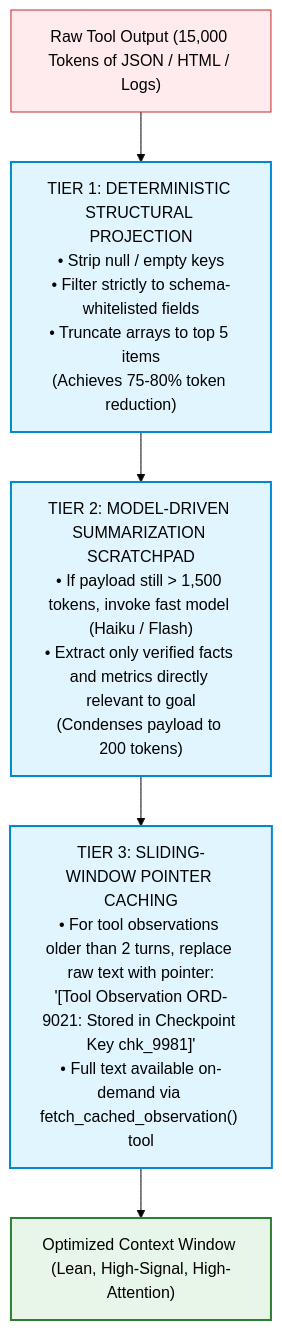
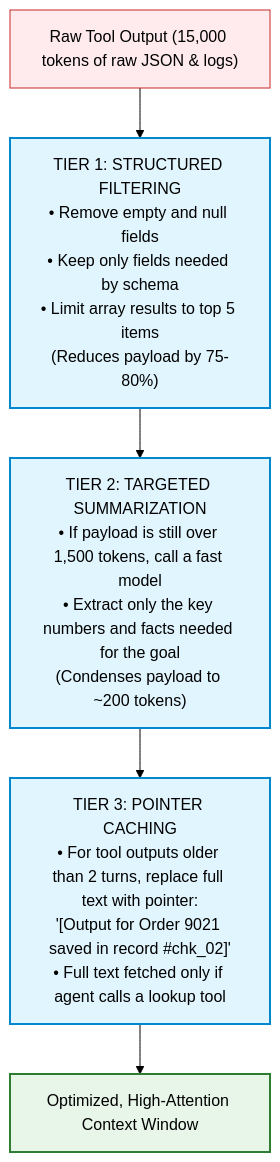
The sixth of 6 diagrams in 04-agentic-systems-and-orchestration/03-stateful-sessions-and-durable-wal-persistence.md (dip4k/senior-engineer-to-ai-engineer-roadmap), drawn with Mermaid (forest theme) before and after one commit. The commit also changed other lines of this file and 11 other files, not shown here.

````diff
--- a/04-agentic-systems-and-orchestration/03-stateful-sessions-and-durable-wal-persistence.md
+++ b/04-agentic-systems-and-orchestration/03-stateful-sessions-and-durable-wal-persistence.md
@@ -215,16 +210,16 @@
 ```mermaid
 flowchart TD
     classDef raw fill:#ffebee,stroke:#c62828,stroke-width:1px;
-    classDef tier fill:#e1f5fe,stroke:#0288d1,stroke-width:2px;
+    classDef clean fill:#e1f5fe,stroke:#0288d1,stroke-width:2px;
     classDef out fill:#e8f5e9,stroke:#2e7d32,stroke-width:2px;
 
-    Raw["Raw Tool Output (15,000 Tokens of JSON / HTML / Logs)"]:::raw
+    Raw["Raw Tool Output (15,000 tokens of raw JSON & logs)"]:::raw
     
-    --> T1["TIER 1: DETERMINISTIC STRUCTURAL PROJECTION\n• Strip null / empty keys\n• Filter strictly to schema-whitelisted fields\n• Truncate arrays to top 5 items\n(Achieves 75-80% token reduction)"]:::tier
+    --> T1["TIER 1: STRUCTURED FILTERING\n• Remove empty and null fields\n• Keep only fields needed by schema\n• Limit array results to top 5 items\n(Reduces payload by 75-80%)"]:::clean
     
-    --> T2["TIER 2: MODEL-DRIVEN SUMMARIZATION SCRATCHPAD\n• If payload still > 1,500 tokens, invoke fast model (Haiku / Flash)\n• Extract only verified facts and metrics directly relevant to goal\n(Condenses payload to 200 tokens)"]:::tier
+    --> T2["TIER 2: TARGETED SUMMARIZATION\n• If payload is still over 1,500 tokens, call a fast model\n• Extract only the key numbers and facts needed for the goal\n(Condenses payload to ~200 tokens)"]:::clean
     
-    --> T3["TIER 3: SLIDING-WINDOW POINTER CACHING\n• For tool observations older than 2 turns, replace raw text with pointer:\n'[Tool Observation ORD-9021: Stored in Checkpoint Key chk_9981]'\n• Full text available on-demand via fetch_cached_observation() tool"]:::tier
+    --> T3["TIER 3: POINTER CACHING\n• For tool outputs older than 2 turns, replace full text with pointer:\n'[Output for Order 9021 saved in record #chk_02]'\n• Full text fetched only if agent calls a lookup tool"]:::clean
     
-    --> Clean["Optimized Context Window (Lean, High-Signal, High-Attention)"]:::out
+    --> Clean["Optimized, High-Attention Context Window"]:::out
 ```
````
